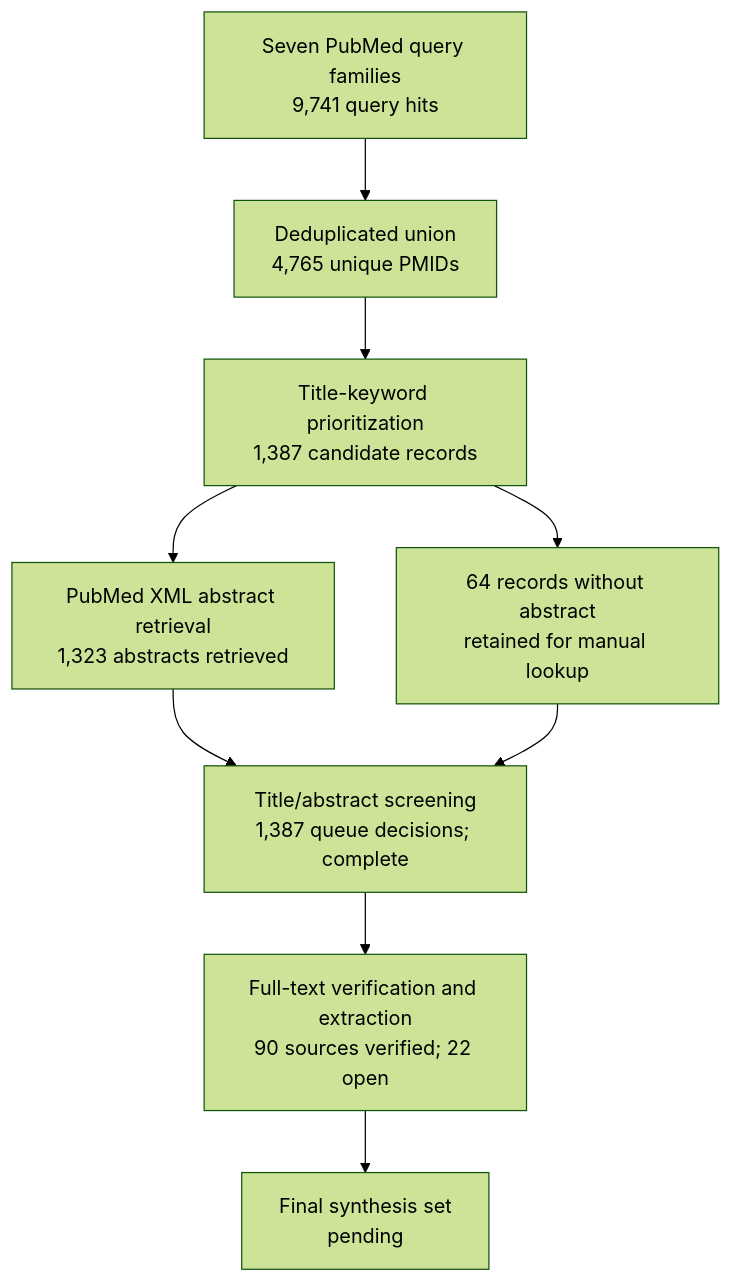
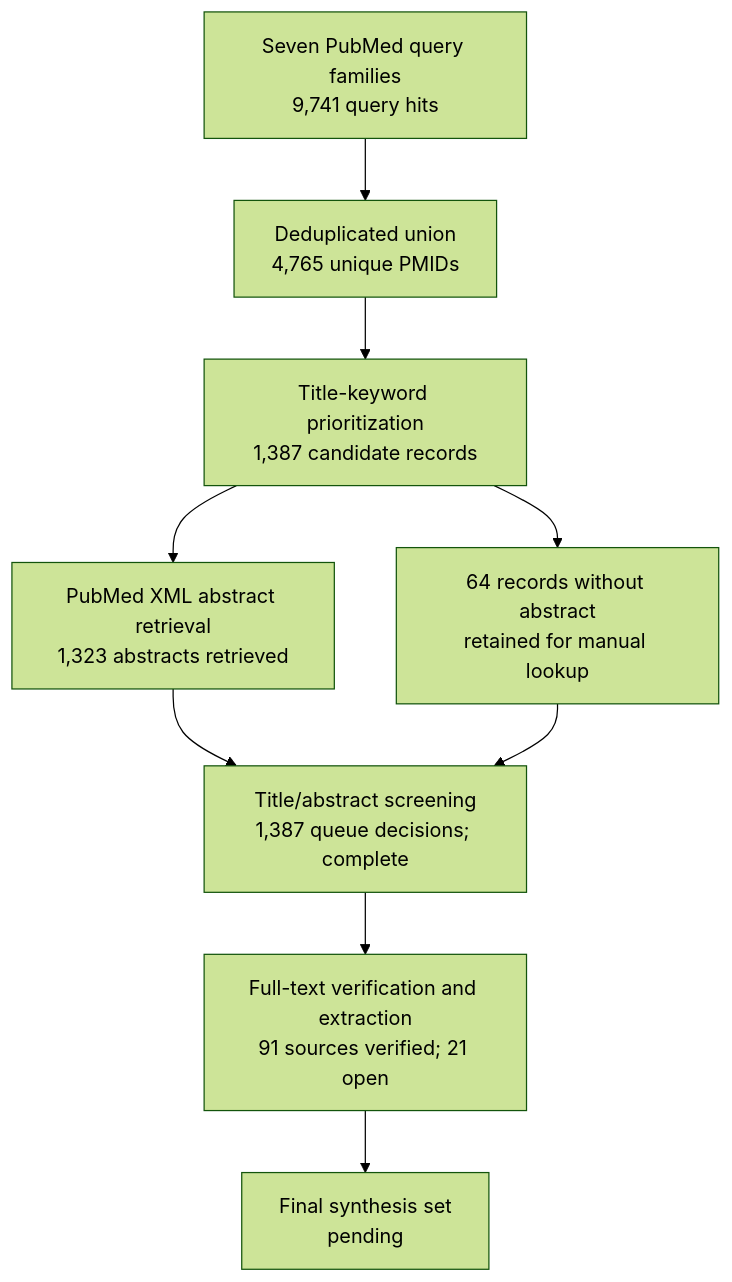
One commit to dcmcshan/artemisia changed the diagram in manuscript/review-flow.md. Above: the diagram before and after it, drawn with Mermaid (forest theme). The commit also changed other lines of this file and 14 other files, not shown here.

````diff
--- a/manuscript/review-flow.md
+++ b/manuscript/review-flow.md
@@ -5,11 +5,11 @@
 ```mermaid
 flowchart TB
   Q[Seven PubMed query families<br/>9,741 query hits] --> U[Deduplicated union<br/>4,765 unique PMIDs]
   U --> T[Title-keyword prioritization<br/>1,387 candidate records]
   T --> A[PubMed XML abstract retrieval<br/>1,323 abstracts retrieved]
   T --> N[64 records without abstract<br/>retained for manual lookup]
   A --> M[Title/abstract screening<br/>1,387 queue decisions; complete]
   N --> M
-  M --> F[Full-text verification and extraction<br/>90 sources verified; 22 open]
+  M --> F[Full-text verification and extraction<br/>91 sources verified; 21 open]
   F --> S[Final synthesis set<br/>pending]
 ```
````
